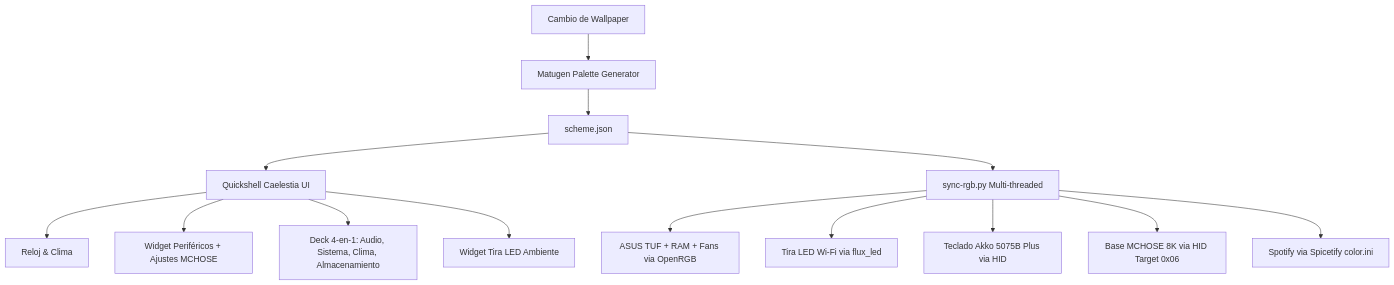
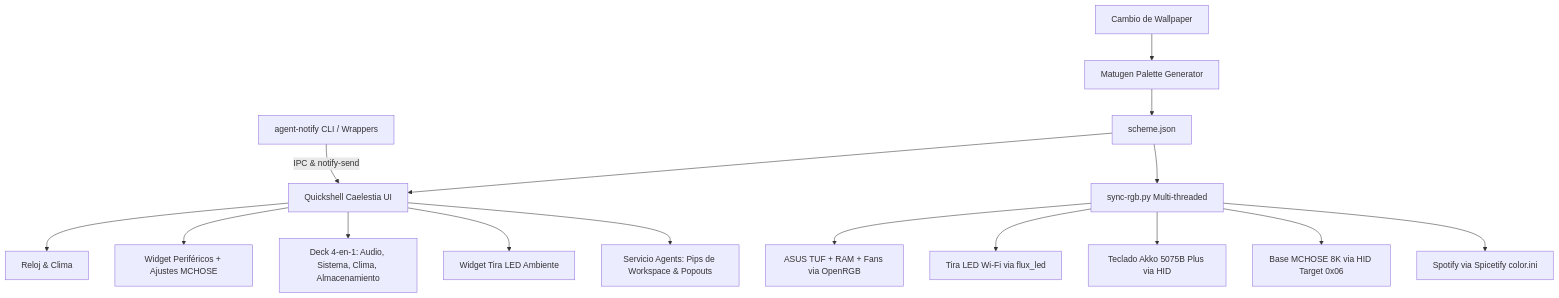
The diagram in vault/Rice LinuxRicing/00 - Arquitectura/Arquitectura General del Setup.md (Alberviz/LinuxRicing), drawn with Mermaid before and after one commit. The commit also changed other lines of this file and 5 other files, not shown here.

Commit message:
docs(agents): runbook, feature note, error DB, roadmap and QA checklist for workspace pip notifications

````diff
--- a/vault/Rice LinuxRicing/00 - Arquitectura/Arquitectura General del Setup.md
+++ b/vault/Rice LinuxRicing/00 - Arquitectura/Arquitectura General del Setup.md
@@ -10,19 +10,22 @@
 ```mermaid
 graph TD
     Wallpaper[Cambio de Wallpaper] --> Matugen[Matugen Palette Generator]
     Matugen --> Scheme[scheme.json]
     
     Scheme --> Caelestia[Quickshell Caelestia UI]
     Scheme --> SyncRGB[sync-rgb.py Multi-threaded]
     
     SyncRGB --> OpenRGB[ASUS TUF + RAM + Fans via OpenRGB]
     SyncRGB --> MagicHome[Tira LED Wi-Fi via flux_led]
     SyncRGB --> Akko[Teclado Akko 5075B Plus via HID]
     SyncRGB --> Mchose[Base MCHOSE 8K via HID Target 0x06]
     SyncRGB --> Spicetify[Spotify via Spicetify color.ini]
     
     Caelestia --> DesktopClock[Reloj & Clima]
     Caelestia --> Peripherals[Widget Periféricos + Ajustes MCHOSE]
     Caelestia --> WidgetDeck[Deck 4-en-1: Audio, Sistema, Clima, Almacenamiento]
     Caelestia --> LedStrip[Widget Tira LED Ambiente]
+    Caelestia --> AgentState[Servicio Agents: Pips de Workspace & Popouts]
+
+    AgentCLI[agent-notify CLI / Wrappers] -->|IPC & notify-send| Caelestia
 ```
````
